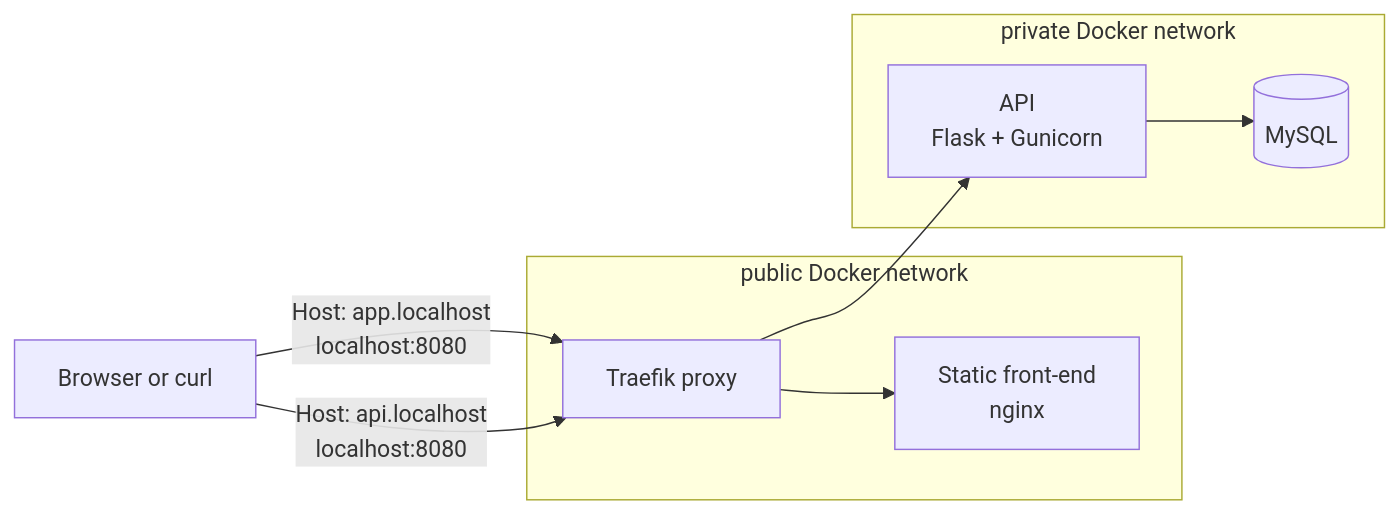
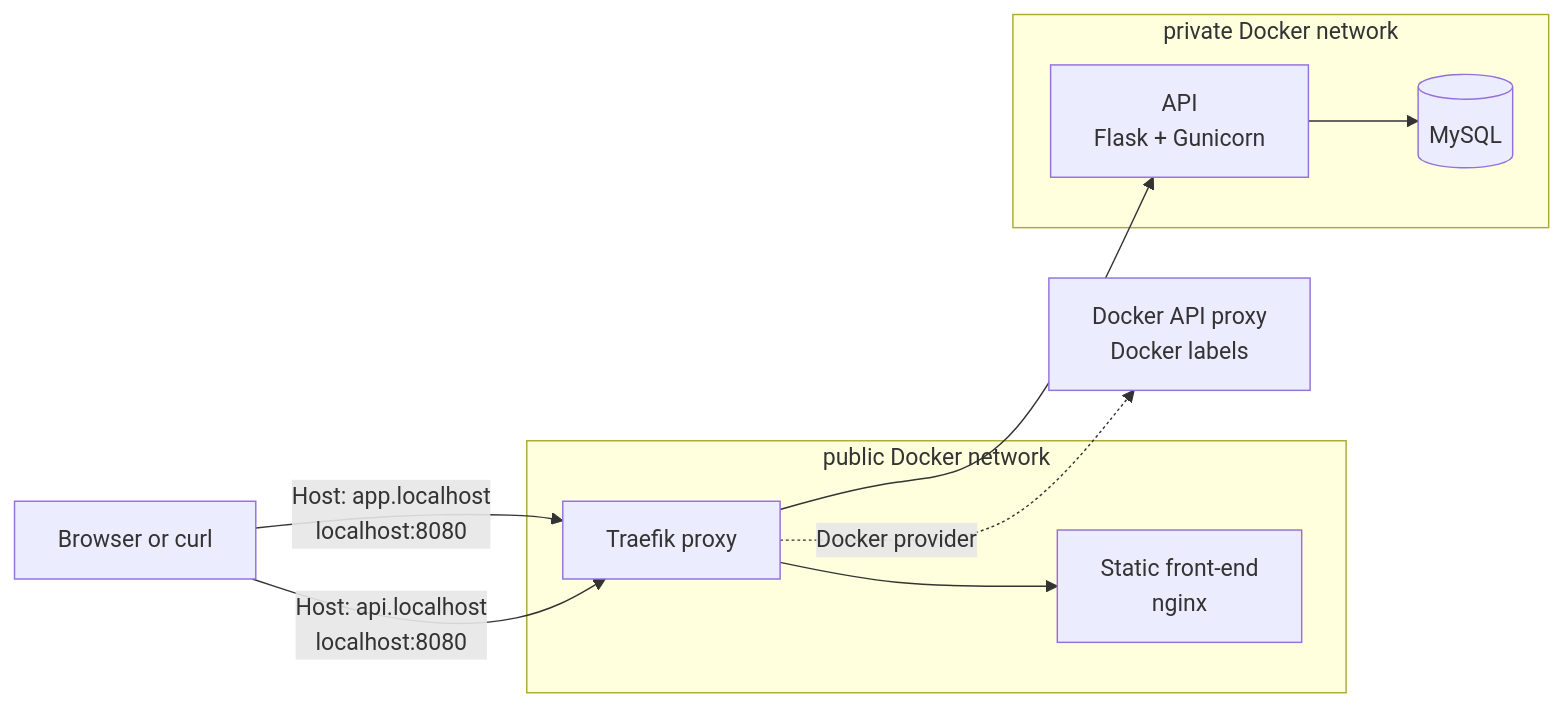
One commit to maher-elattar/task-three-mosalam-intern changed the first of 2 diagrams in 01-network-segmentation/README.md. Above: the diagram before and after it, drawn with Mermaid. The commit also changed other lines of this file and 129 other files, not shown here.

Commit message:
Use Traefik Docker discovery and replicated DB failover

````diff
--- a/01-network-segmentation/README.md
+++ b/01-network-segmentation/README.md
@@ -12,19 +12,21 @@
 ```mermaid
 flowchart LR
   user[Browser or curl] -->|Host: app.localhost<br/>localhost:8080| traefik[Traefik proxy]
   user -->|Host: api.localhost<br/>localhost:8080| traefik
 
   subgraph public[public Docker network]
     traefik
     front[Static front-end<br/>nginx]
   end
 
   subgraph private[private Docker network]
     api[API<br/>Flask + Gunicorn]
     mysql[(MySQL)]
   end
 
   traefik --> front
   traefik --> api
   api --> mysql
+  dockerproxy[Docker API proxy<br/>Docker labels]
+  traefik -. "Docker provider" .-> dockerproxy
 ```
````
